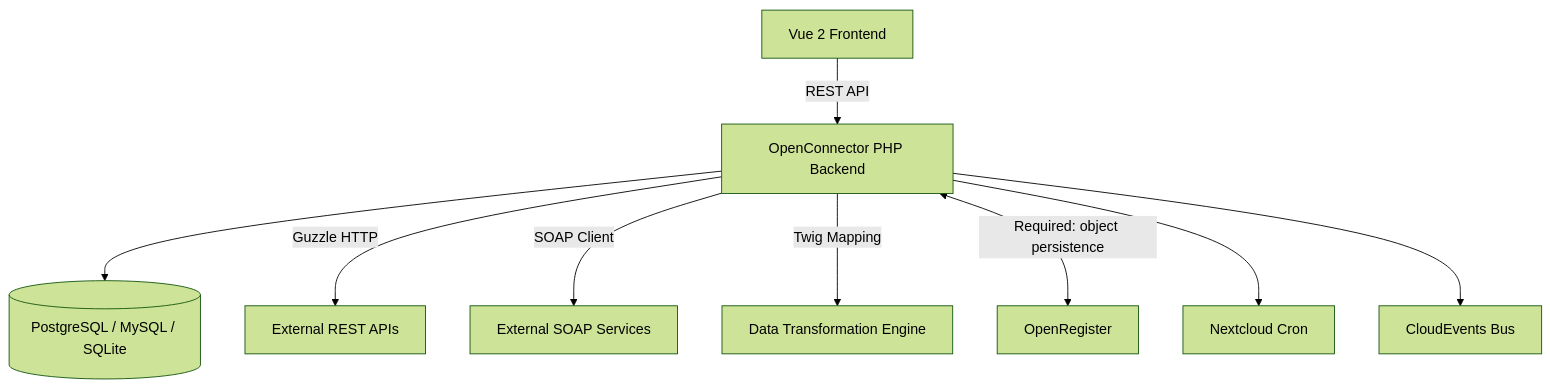
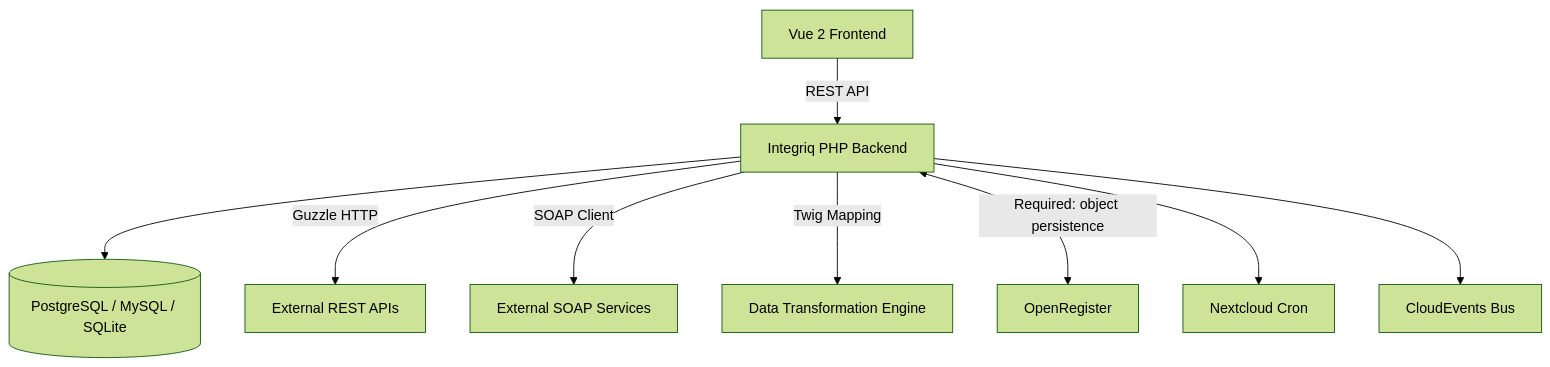
One commit to ConductionNL/integriq changed the diagram in README.md. Above: the diagram before and after it, drawn with Mermaid (forest theme). The commit also changed other lines of this file and 45 other files, not shown here.

````diff
--- a/README.md
+++ b/README.md
@@ -101,11 +101,11 @@
 ```mermaid
 graph TD
-    A[Vue 2 Frontend] -->|REST API| B[OpenConnector PHP Backend]
+    A[Vue 2 Frontend] -->|REST API| B[Integriq PHP Backend]
     B --> C[(PostgreSQL / MySQL / SQLite)]
     B -->|Guzzle HTTP| D[External REST APIs]
     B -->|SOAP Client| E[External SOAP Services]
     B -->|Twig Mapping| F[Data Transformation Engine]
     B <-->|Required: object persistence| G[OpenRegister]
     B --> H[Nextcloud Cron]
     B --> I[CloudEvents Bus]
 ```
````
